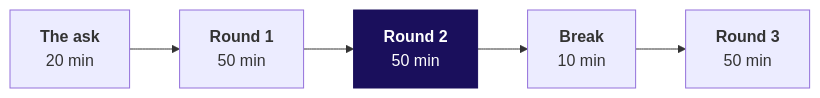
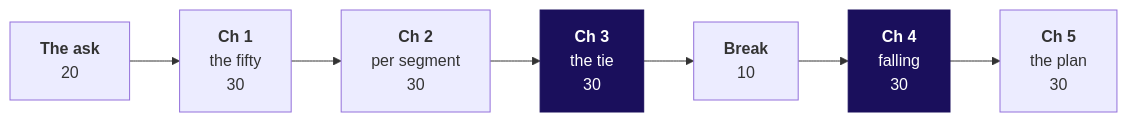
Before and after one commit to fde-academy-lab/c2-content-factory: the first of 2 diagrams in content/W02/D3/trainer/C2_W02_D03_day_sheet_TRAINER.md, drawn with Mermaid. The commit also changed other lines of this file, not shown here.

````diff
--- a/content/W02/D3/trainer/C2_W02_D03_day_sheet_TRAINER.md
+++ b/content/W02/D3/trainer/C2_W02_D03_day_sheet_TRAINER.md
@@ -39,6 +75,6 @@
 ```mermaid
 flowchart LR
-    A["<b>The ask</b><br/>20 min"] --> R1["<b>Round 1</b><br/>50 min"] --> R2["<b>Round 2</b><br/>50 min"] --> B["<b>Break</b><br/>10 min"] --> R3["<b>Round 3</b><br/>50 min"]
+    A["<b>The ask</b><br/>20"] --> C1["<b>Ch 1</b><br/>the fifty<br/>30"] --> C2["<b>Ch 2</b><br/>per segment<br/>30"] --> C3["<b>Ch 3</b><br/>the tie<br/>30"] --> B["<b>Break</b><br/>10"] --> C4["<b>Ch 4</b><br/>falling<br/>30"] --> C5["<b>Ch 5</b><br/>the plan<br/>30"]
     classDef core fill:#1A0F5C,stroke:#1A0F5C,color:#FFFFFF
-    class R2 core
+    class C3,C4 core
 ```
````
